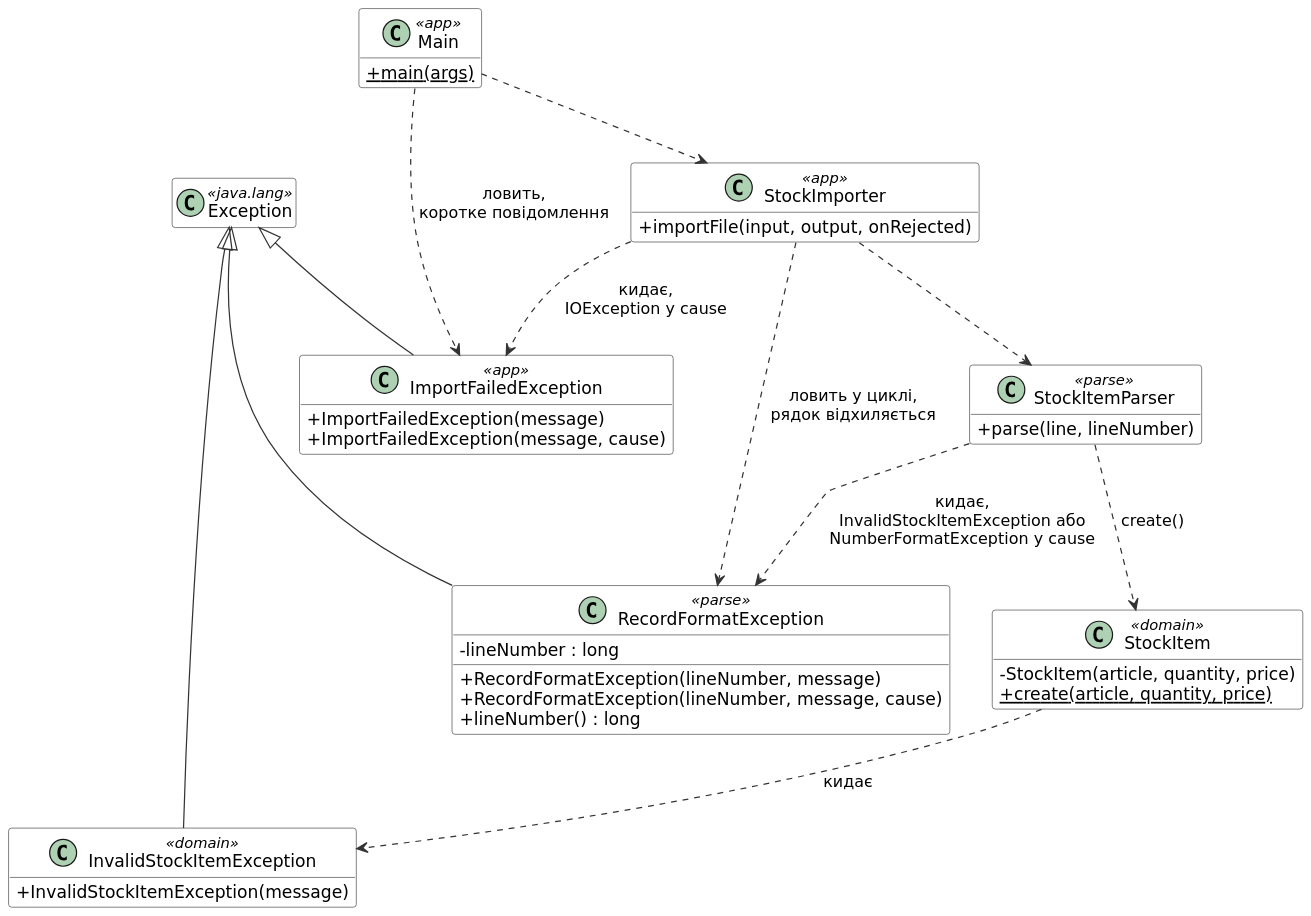
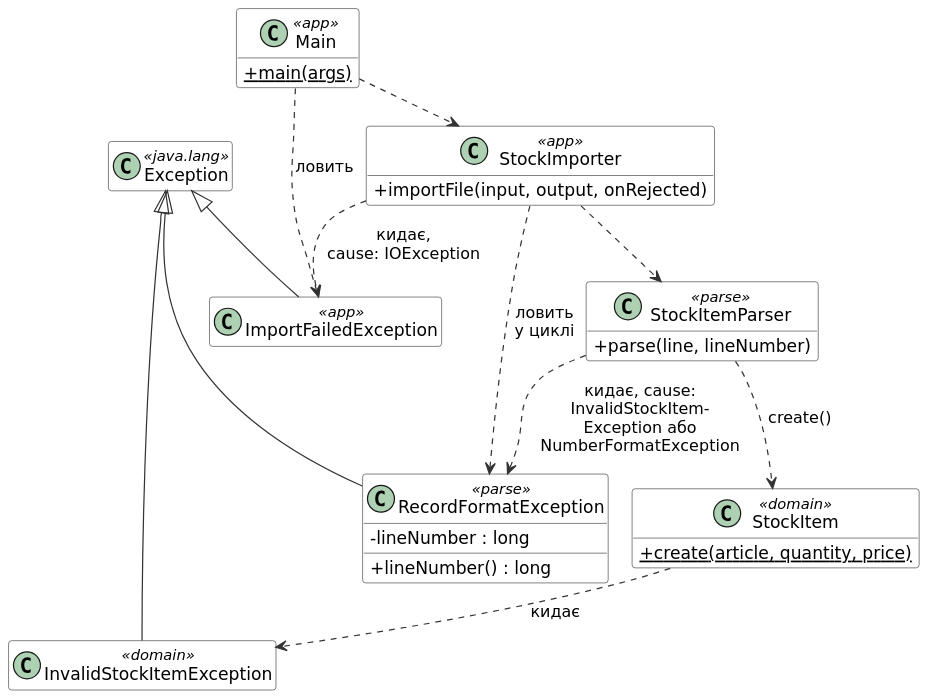
The diagram in java/lr-5/diagrams/exceptions.puml (brizzinck/krinzhrepoduta), drawn with PlantUML before and after one commit. The commit also changed 158 other files, not shown here.

```diff
--- a/java/lr-5/diagrams/exceptions.puml
+++ b/java/lr-5/diagrams/exceptions.puml
@@ -1,55 +1,52 @@
 @startuml
 skinparam dpi 140
+skinparam nodesep 20
+skinparam ranksep 30
+
 skinparam defaultFontName DejaVu Sans
 skinparam classAttributeIconSize 0
 skinparam shadowing false
 skinparam ArrowColor #333333
 skinparam class {
   BackgroundColor #FFFFFF
   BorderColor #333333
 }
 hide empty members
 
 class Exception <<java.lang>>
 
 class InvalidStockItemException <<domain>> {
-  +InvalidStockItemException(message)
 }
 class RecordFormatException <<parse>> {
   -lineNumber : long
-  +RecordFormatException(lineNumber, message)
-  +RecordFormatException(lineNumber, message, cause)
   +lineNumber() : long
 }
 class ImportFailedException <<app>> {
-  +ImportFailedException(message)
-  +ImportFailedException(message, cause)
 }
 
 Exception <|-- InvalidStockItemException
 Exception <|-- RecordFormatException
 Exception <|-- ImportFailedException
 
 class StockItem <<domain>> {
-  -StockItem(article, quantity, price)
   +{static} create(article, quantity, price)
 }
 class StockItemParser <<parse>> {
   +parse(line, lineNumber)
 }
 class StockImporter <<app>> {
   +importFile(input, output, onRejected)
 }
 class Main <<app>> {
   +{static} main(args)
 }
 
 StockItem ..> InvalidStockItemException : кидає
 StockItemParser ..> StockItem : create()
-StockItemParser ..> RecordFormatException : кидає,\nInvalidStockItemException або\nNumberFormatException у cause
+StockItemParser ..> RecordFormatException : кидає, cause:\nInvalidStockItem-\nException або\nNumberFormatException
 StockImporter ..> StockItemParser
-StockImporter ..> RecordFormatException : ловить у циклі,\nрядок відхиляється
-StockImporter ..> ImportFailedException : кидає,\nIOException у cause
+StockImporter ..> RecordFormatException : ловить\nу циклі
+StockImporter ..> ImportFailedException : кидає,\ncause: IOException
 Main ..> StockImporter
-Main ..> ImportFailedException : ловить,\nкоротке повідомлення
+Main ..> ImportFailedException : ловить
 @enduml
```
